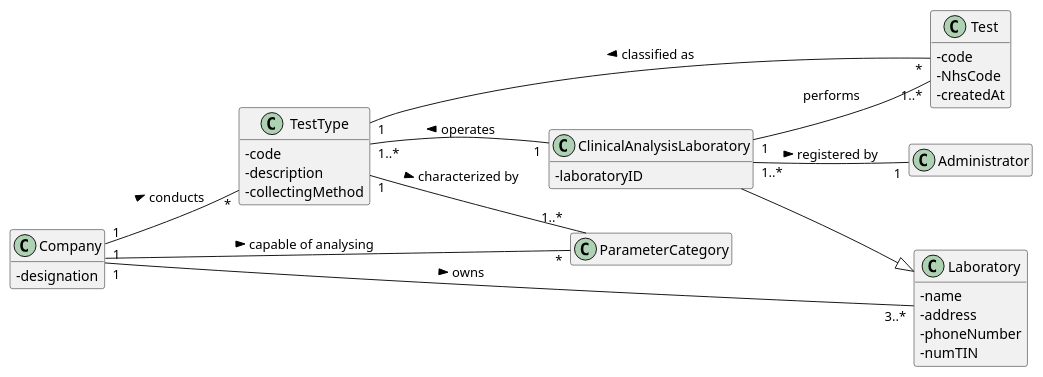
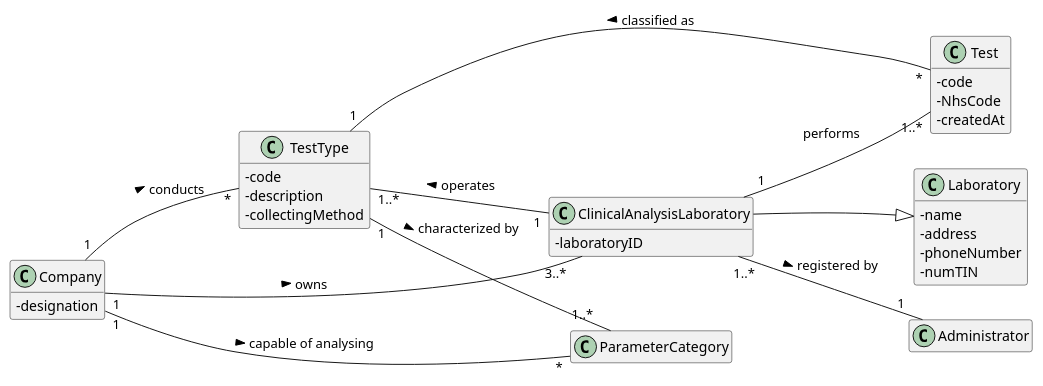
One commit to ana-albergaria/LAPR2-ISEP changed the diagram in docs/SprintB/US_8/US8_DM.puml. Above: the diagram before and after it, drawn with PlantUML. The commit also changed 15 other files, not shown here.

Commit message:
US5 Finishing Class and Packages Diagrams

```diff
--- a/docs/SprintB/US_8/US8_DM.puml
+++ b/docs/SprintB/US_8/US8_DM.puml
@@ -1,85 +1,85 @@
 @startuml
 
 skinparam classAttributeIconSize 0
 hide empty methods
 hide empty attributes
 left to right direction
 
 class Laboratory {
 - name
 - address
 - phoneNumber
 - numTIN
 }
 
 /'
 class Employee {
 - employeeID
 - organizationRole
 - name
 - address
 - phoneNumber
 - e-Mail
 - standardOccupationalClassificationCode
 }'/
 
 class Test{
 - code
 - NhsCode
 - createdAt
 }
 
 class ClinicalAnalysisLaboratory{
 - laboratoryID
 }
 
 /'class Application{}'/
 
 class TestType{
 - code
 - description
 - collectingMethod
 }
 
 class Company{
 - designation
 }
 
 class Administrator{}
 
 together {
 class TestType
 class Laboratory
 }
 
 Company -[hidden]-> TestType
 Company -[hidden]-> Laboratory
 
 
 /' LAYOUT PURPOSES '/
 ClinicalAnalysisLaboratory -[hidden]down-> Laboratory
 Test -[hidden]up-> TestType
 ClinicalAnalysisLaboratory -[hidden]up-> TestType
 
 
 /' END OF LAYOUT PURPOSES '/
 
-Company "1" -- "3..*" Laboratory : owns >
+Company "1" -- "3..*" ClinicalAnalysisLaboratory : owns >
 /'ClinicalAnalysisLaboratory "1" -- "1" Laboratory : is of >'/
 /'Employee "1..*" - "1" Company : works for >'/
 Company "1" -- "*" TestType : conducts >
 ClinicalAnalysisLaboratory "1" -- "1..*" Test : performs
 Company "1" -- "*" ParameterCategory : capable of analysing >
 
 /' MUDAR SENTIDO DA SETA? POR CAUSA DO RATIONALE '/
 /'Application "1" -- "1" Company : knows <'/
 Test "*" -- "1" TestType : classified as >
 ClinicalAnalysisLaboratory "1" -- "1..*" TestType : operates >
 ClinicalAnalysisLaboratory "1..*" -- "1" Administrator : registered by >
 TestType "1" -- "1..*" ParameterCategory : characterized by >
 
 Laboratory <|-- ClinicalAnalysisLaboratory
 
 
 
 @enduml
```
